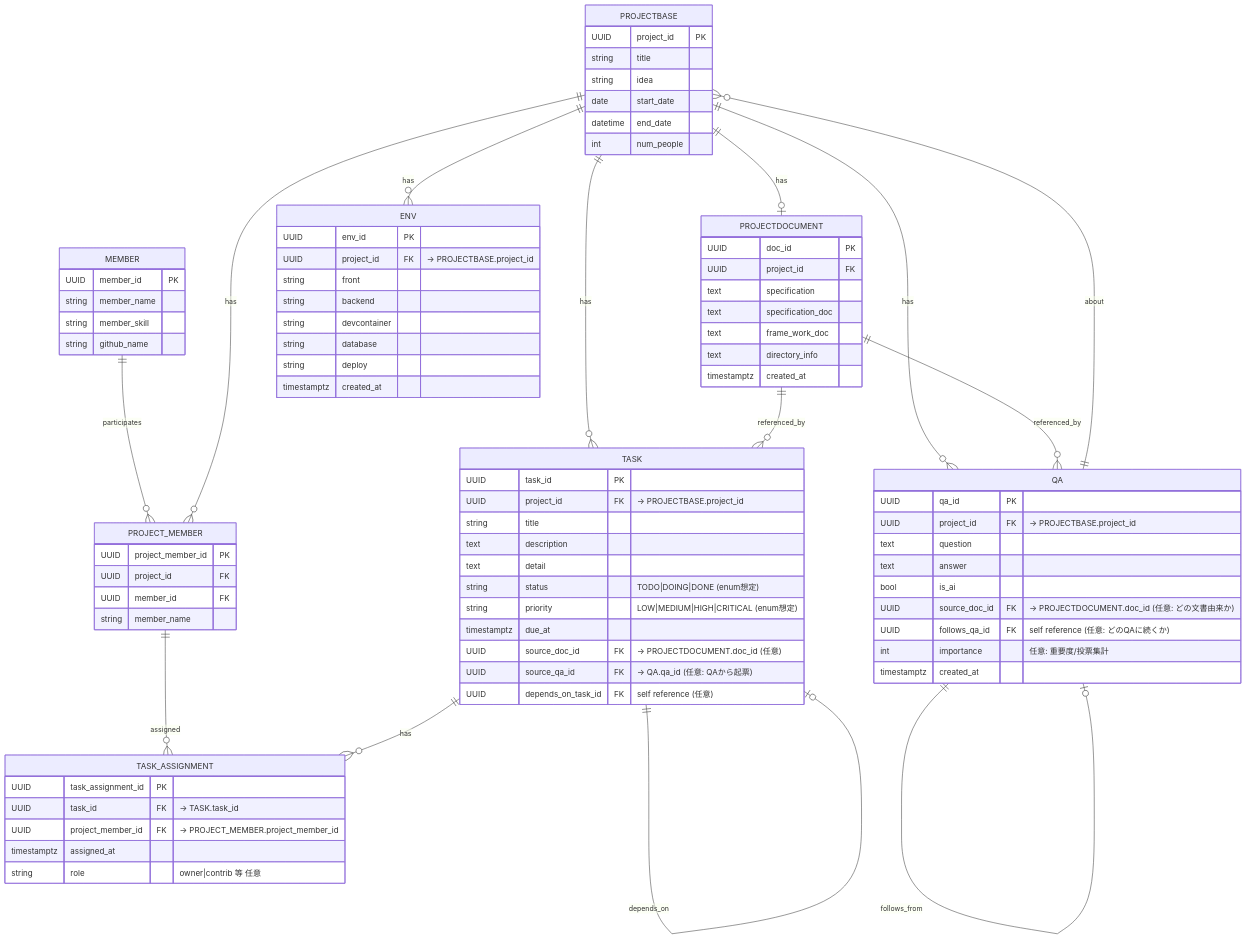
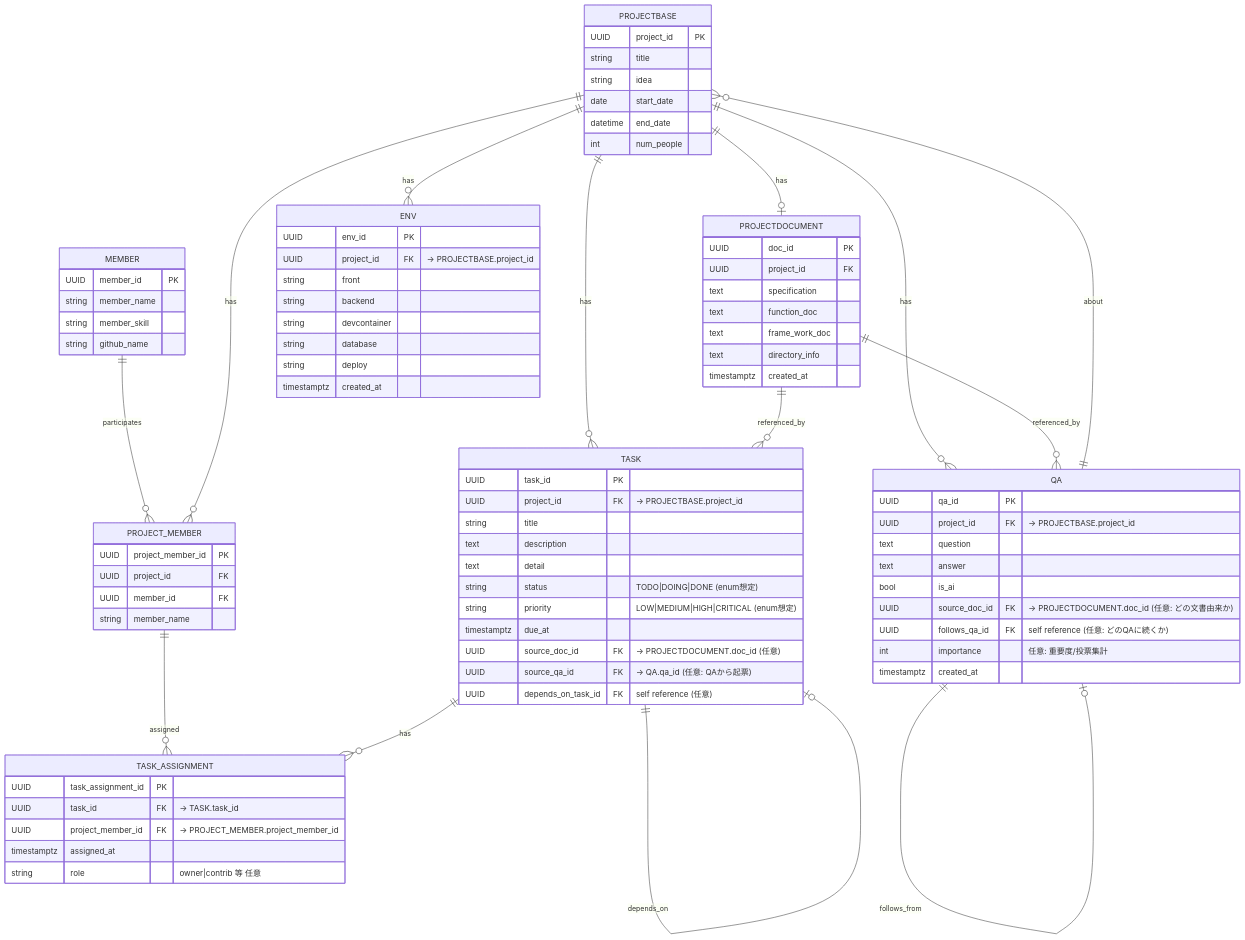
One commit to Akatuki25/hackathon-support-agent changed the diagram in front/README.md. Above: the diagram before and after it, drawn with Mermaid. The commit also changed 15 other files, not shown here.

```diff
--- a/front/README.md
+++ b/front/README.md
@@ -74,7 +74,7 @@
     UUID doc_id PK
     UUID project_id FK
     text specification
-    text specification_doc
+    text function_doc
     text frame_work_doc
     text directory_info
     timestamptz created_at
```
